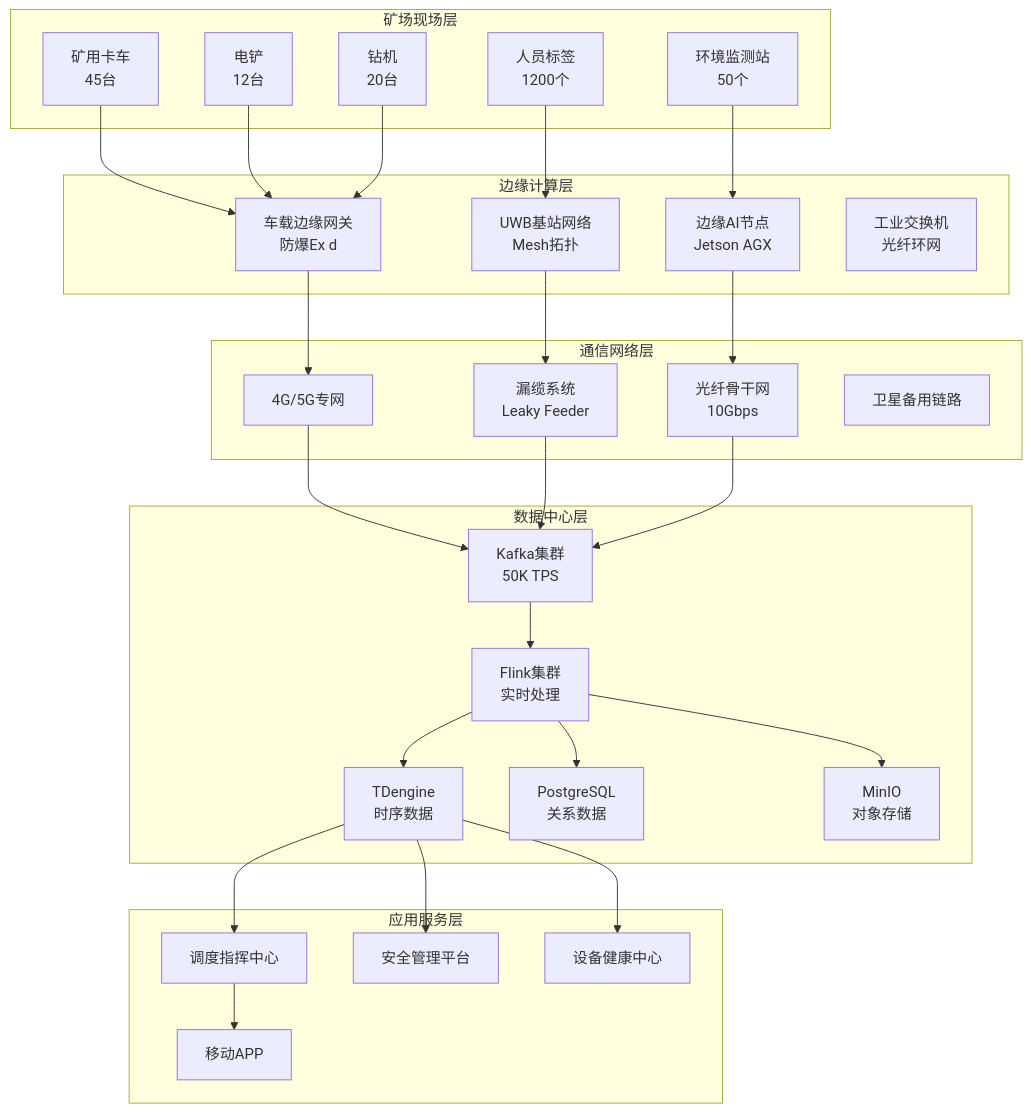
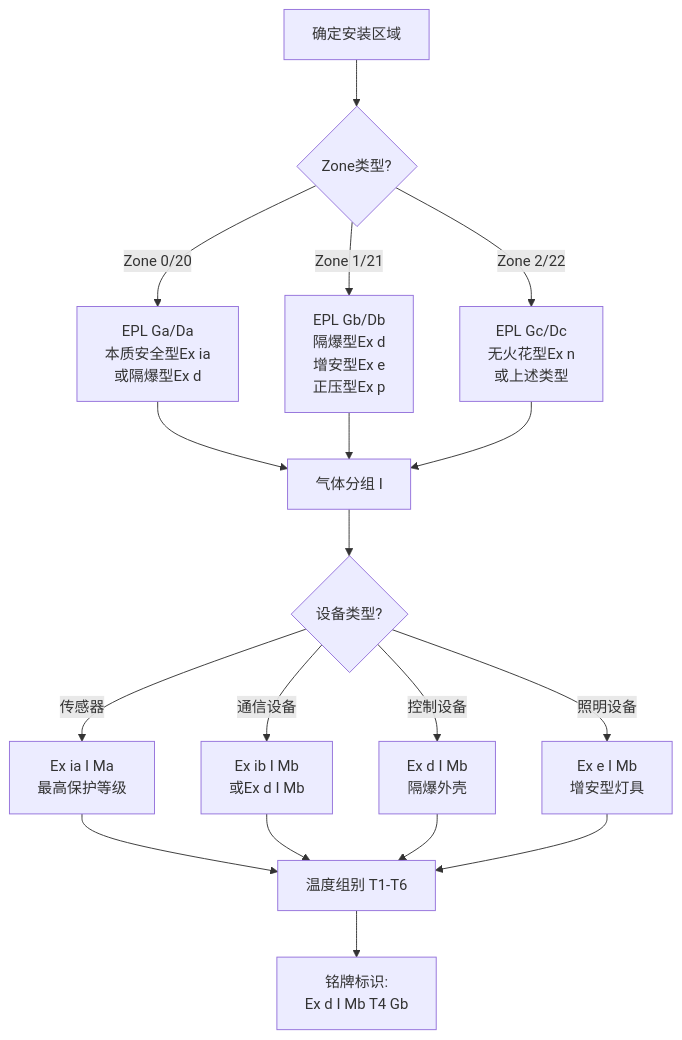
The third of 6 diagrams in Flink-IoT-Authority-Alignment/Phase-11-Mining-Oil-Gas/case-mining-oilgas-complete.md (AdaMartin18010/AnalysisDataFlow), drawn with Mermaid before and after one commit. The commit also changed other lines of this file and 8 other files, not shown here.

````diff
--- a/Flink-IoT-Authority-Alignment/Phase-11-Mining-Oil-Gas/case-mining-oilgas-complete.md
+++ b/Flink-IoT-Authority-Alignment/Phase-11-Mining-Oil-Gas/case-mining-oilgas-complete.md
@@ -2982,63 +571,25 @@
 ```mermaid
-graph TB
-    subgraph 矿场现场[矿场现场层]
-        D1[矿用卡车<br/>45台]
-        D2[电铲<br/>12台]
-        D3[钻机<br/>20台]
-        D4[人员标签<br/>1200个]
-        D5[环境监测站<br/>50个]
-    end
+flowchart TD
+    A[确定安装区域] --> B{Zone类型?}
 
-    subgraph 边缘层[边缘计算层]
-        E1[车载边缘网关<br/>防爆Ex d]
-        E2[UWB基站网络<br/>Mesh拓扑]
-        E3[边缘AI节点<br/>Jetson AGX]
-        E4[工业交换机<br/>光纤环网]
-    end
+    B -->|Zone 0/20| C[EPL Ga/Da<br/>本质安全型Ex ia<br/>或隔爆型Ex d]
+    B -->|Zone 1/21| D[EPL Gb/Db<br/>隔爆型Ex d<br/>增安型Ex e<br/>正压型Ex p]
+    B -->|Zone 2/22| E[EPL Gc/Dc<br/>无火花型Ex n<br/>或上述类型]
 
-    subgraph 通信网络[通信网络层]
-        N1[4G/5G专网]
-        N2[漏缆系统<br/>Leaky Feeder]
-        N3[光纤骨干网<br/>10Gbps]
-        N4[卫星备用链路]
-    end
+    C --> F[气体分组 I]
+    D --> F
+    E --> F
 
-    subgraph 数据中心[数据中心层]
-        C1[Kafka集群<br/>50K TPS]
-        C2[Flink集群<br/>实时处理]
-        C3[TDengine<br/>时序数据]
-        C4[PostgreSQL<br/>关系数据]
-        C5[MinIO<br/>对象存储]
-    end
+    F --> G{设备类型?}
+    G -->|传感器| H[Ex ia I Ma<br/>最高保护等级]
+    G -->|通信设备| I[Ex ib I Mb<br/>或Ex d I Mb]
+    G -->|控制设备| J[Ex d I Mb<br/>隔爆外壳]
+    G -->|照明设备| K[Ex e I Mb<br/>增安型灯具]
 
-    subgraph 应用层[应用服务层]
-        A1[调度指挥中心]
-        A2[安全管理平台]
-        A3[设备健康中心]
-        A4[移动APP]
-    end
+    H --> L[温度组别 T1-T6]
+    I --> L
+    J --> L
+    K --> L
 
-    D1 --> E1
-    D2 --> E1
-    D3 --> E1
-    D4 --> E2
-    D5 --> E3
-
-    E1 --> N1
-    E2 --> N2
-    E3 --> N3
-
-    N1 --> C1
-    N2 --> C1
-    N3 --> C1
-
-    C1 --> C2
-    C2 --> C3
-    C2 --> C4
-    C2 --> C5
-
-    C3 --> A1
-    C3 --> A2
-    C3 --> A3
-    A1 --> A4
+    L --> M[铭牌标识:<br/>Ex d I Mb T4 Gb]
 ```
````
